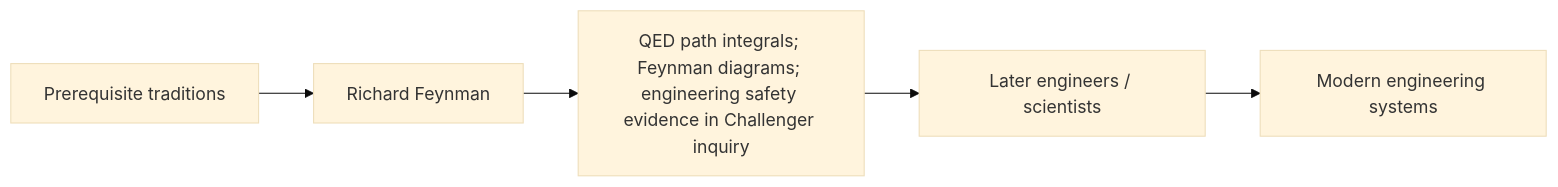
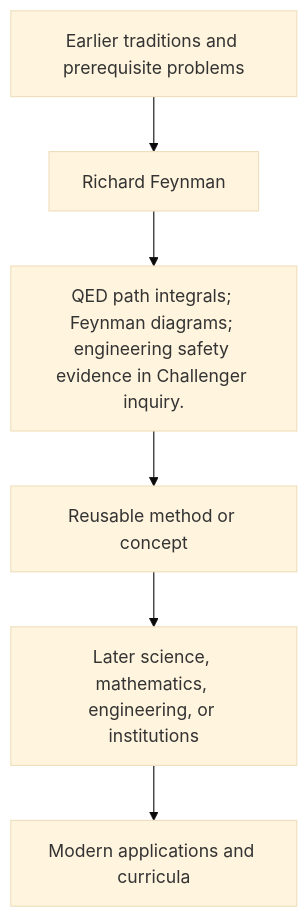
Before and after one commit to via-decide/ViaLogic: the diagram in docs/history/richard-feynman/influence.md, drawn with Mermaid (base theme). The commit also changed other lines of this file and 858 other files, not shown here.

````diff
--- a/docs/history/richard-feynman/influence.md
+++ b/docs/history/richard-feynman/influence.md
@@ -29,7 +16,8 @@
 ```mermaid
-graph LR
-  prerequisites["Prerequisite traditions"] --> current["Richard Feynman"]
-  current --> contribution["QED path integrals; Feynman diagrams; engineering safety evidence in Challenger inquiry"]
-  contribution --> successors["Later engineers / scientists"]
-  successors --> modern["Modern engineering systems"]
+graph TD
+  Prior[Earlier traditions and prerequisite problems] --> Person[Richard Feynman]
+  Person --> Contribution[QED path integrals; Feynman diagrams; engineering safety evidence in Challenger inquiry.]
+  Contribution --> Method[Reusable method or concept]
+  Method --> Later[Later science, mathematics, engineering, or institutions]
+  Later --> Modern[Modern applications and curricula]
 ```
````
